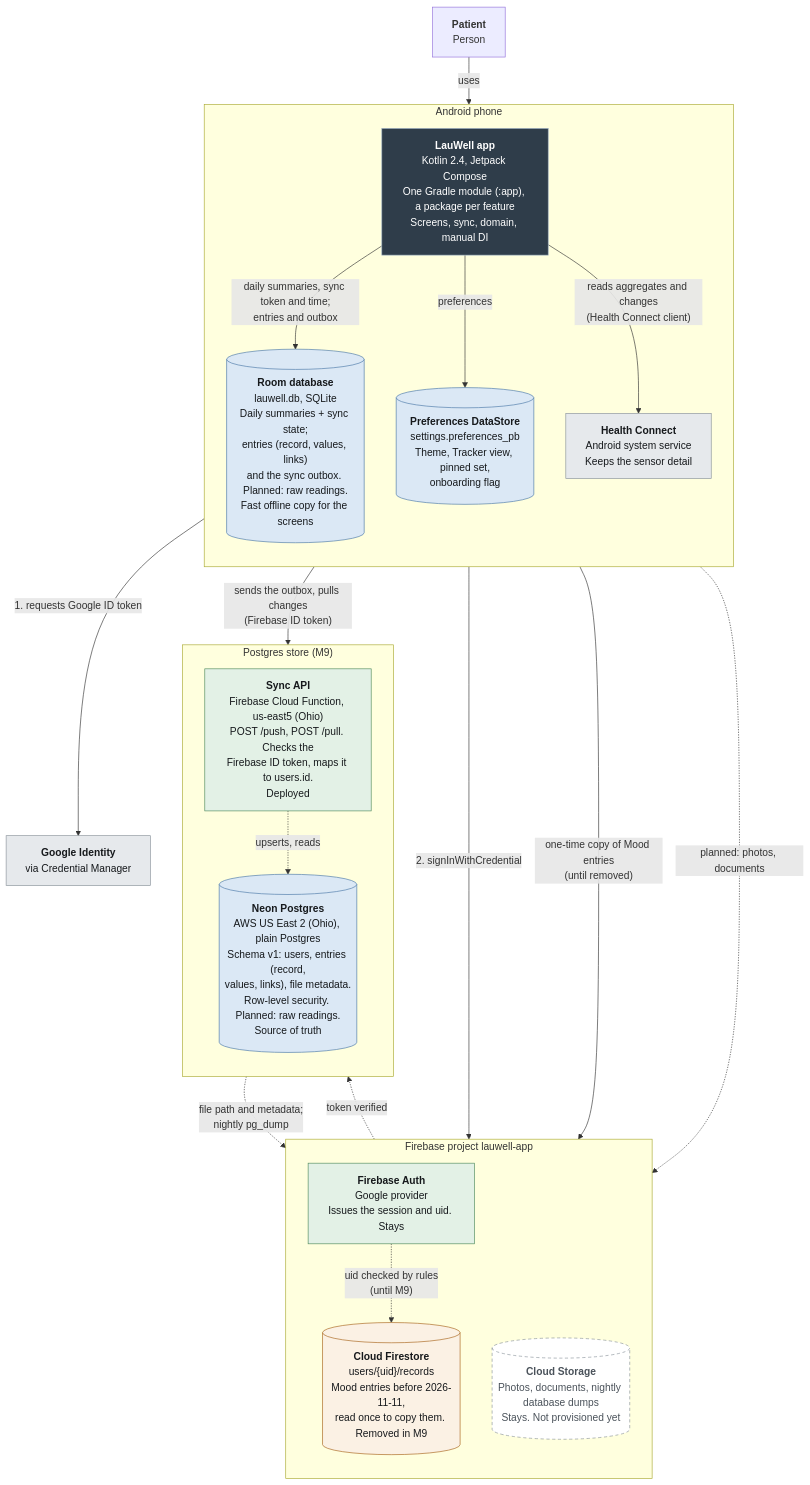
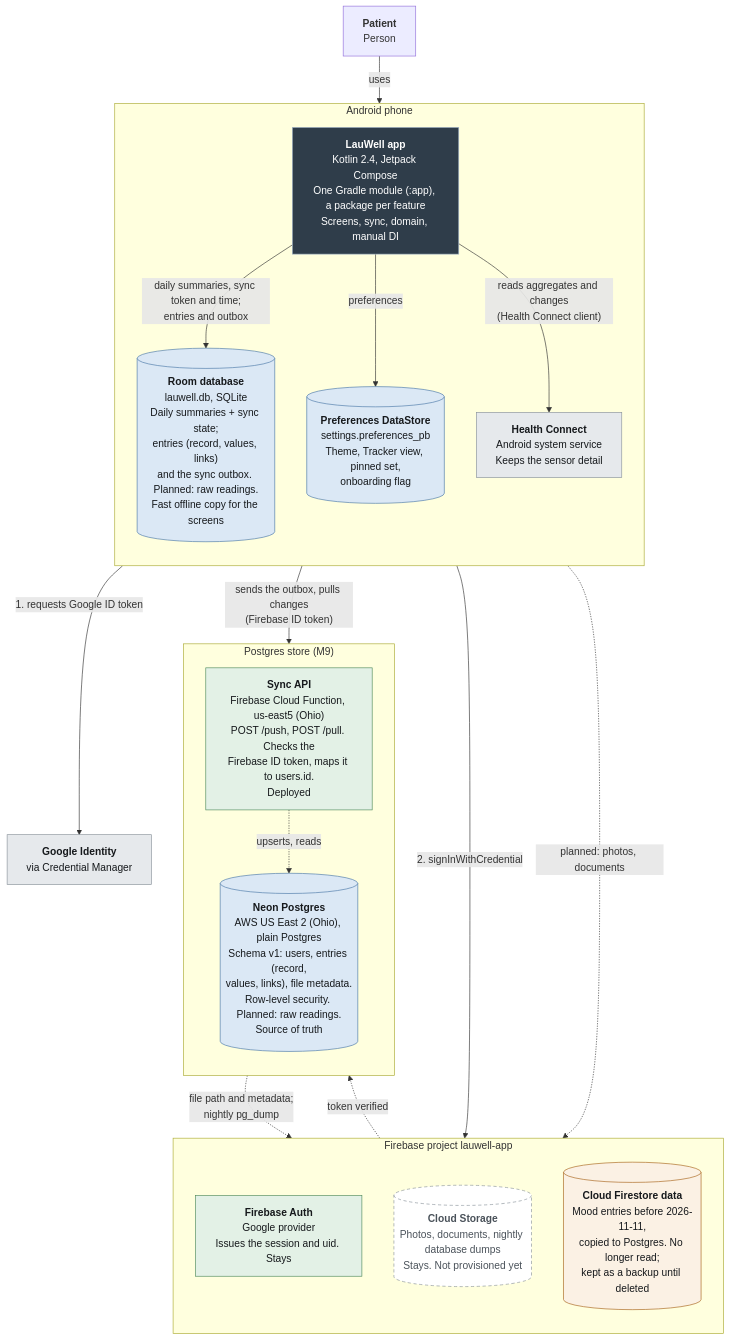
One commit to Laul/LauWell changed the diagram in docs/architecture/c4/c4-2-containers.mmd. Above: the diagram before and after it, drawn with Mermaid. The commit also changed 29 other files, not shown here.

First line of the commit message:
[data] Remove Firestore: SDK, old repository, one-time copy, rules and emulator tests

```diff
--- a/docs/architecture/c4/c4-2-containers.mmd
+++ b/docs/architecture/c4/c4-2-containers.mmd
@@ -1,48 +1,46 @@
 %% C4 level 2 - Containers. Solid = built, dashed = planned, amber = built and being removed (M9).
 %% Updated 2026-11-11: Neon provisioned with schema v1; the sync API deployed (backend/api) and called by EntrySync.
 flowchart TB
   classDef app fill:#2f3d4a,stroke:#9fb2c4,color:#ffffff
   classDef store fill:#dbe8f5,stroke:#4b78a8,color:#16191C
   classDef cloud fill:#e3f1e6,stroke:#4f8a5c,color:#16191C
   classDef ext fill:#e6e9ec,stroke:#8a939b,color:#16191C
   classDef planned fill:#ffffff,stroke:#8a939b,color:#4a525a,stroke-dasharray:5 4
   classDef retiring fill:#fbf1e4,stroke:#a8641a,color:#16191C
 
   P["<b>Patient</b><br/>Person"]
 
   subgraph PHONE["Android phone"]
     direction TB
     APP["<b>LauWell app</b><br/>Kotlin 2.4, Jetpack Compose<br/>One Gradle module (:app), a package per feature<br/>Screens, sync, domain, manual DI"]:::app
     ROOM[("<b>Room database</b><br/>lauwell.db, SQLite<br/>Daily summaries + sync state;<br/>entries (record, values, links)<br/>and the sync outbox. Planned: raw readings.<br/>Fast offline copy for the screens")]:::store
     DS[("<b>Preferences DataStore</b><br/>settings.preferences_pb<br/>Theme, Tracker view, pinned set,<br/>onboarding flag")]:::store
     HC["<b>Health Connect</b><br/>Android system service<br/>Keeps the sensor detail"]:::ext
   end
 
   subgraph FIREBASE["Firebase project lauwell-app"]
     direction TB
     AUTH["<b>Firebase Auth</b><br/>Google provider<br/>Issues the session and uid. Stays"]:::cloud
     ST[("<b>Cloud Storage</b><br/>Photos, documents, nightly database dumps<br/>Stays. Not provisioned yet")]:::planned
-    FS[("<b>Cloud Firestore</b><br/>users/{uid}/records<br/>Mood entries before 2026-11-11,<br/>read once to copy them. Removed in M9")]:::retiring
+    FS[("<b>Cloud Firestore data</b><br/>Mood entries before 2026-11-11,<br/>copied to Postgres. No longer read;<br/>kept as a backup until deleted")]:::retiring
   end
 
   subgraph STORE["Postgres store (M9)"]
     direction TB
     API["<b>Sync API</b><br/>Firebase Cloud Function, us-east5 (Ohio)<br/>POST /push, POST /pull. Checks the<br/>Firebase ID token, maps it to users.id.<br/>Deployed"]:::cloud
     PG[("<b>Neon Postgres</b><br/>AWS US East 2 (Ohio), plain Postgres<br/>Schema v1: users, entries (record,<br/>values, links), file metadata.<br/>Row-level security. Planned: raw readings.<br/>Source of truth")]:::store
   end
 
   GI["<b>Google Identity</b><br/>via Credential Manager"]:::ext
 
   P -->|"uses"| APP
   APP -->|"daily summaries, sync token and time;<br/>entries and outbox"| ROOM
   APP -->|"preferences"| DS
   APP -->|"reads aggregates and changes<br/>(Health Connect client)"| HC
   APP -->|"1. requests Google ID token"| GI
   APP -->|"2. signInWithCredential"| AUTH
-  APP -->|"one-time copy of Mood entries<br/>(until removed)"| FS
-  AUTH -.->|"uid checked by rules<br/>(until M9)"| FS
   APP -->|"sends the outbox, pulls changes<br/>(Firebase ID token)"| API
   AUTH -.->|"token verified"| API
   API -.->|"upserts, reads"| PG
   APP -.->|"planned: photos, documents"| ST
   PG -.->|"file path and metadata;<br/>nightly pg_dump"| ST
```
